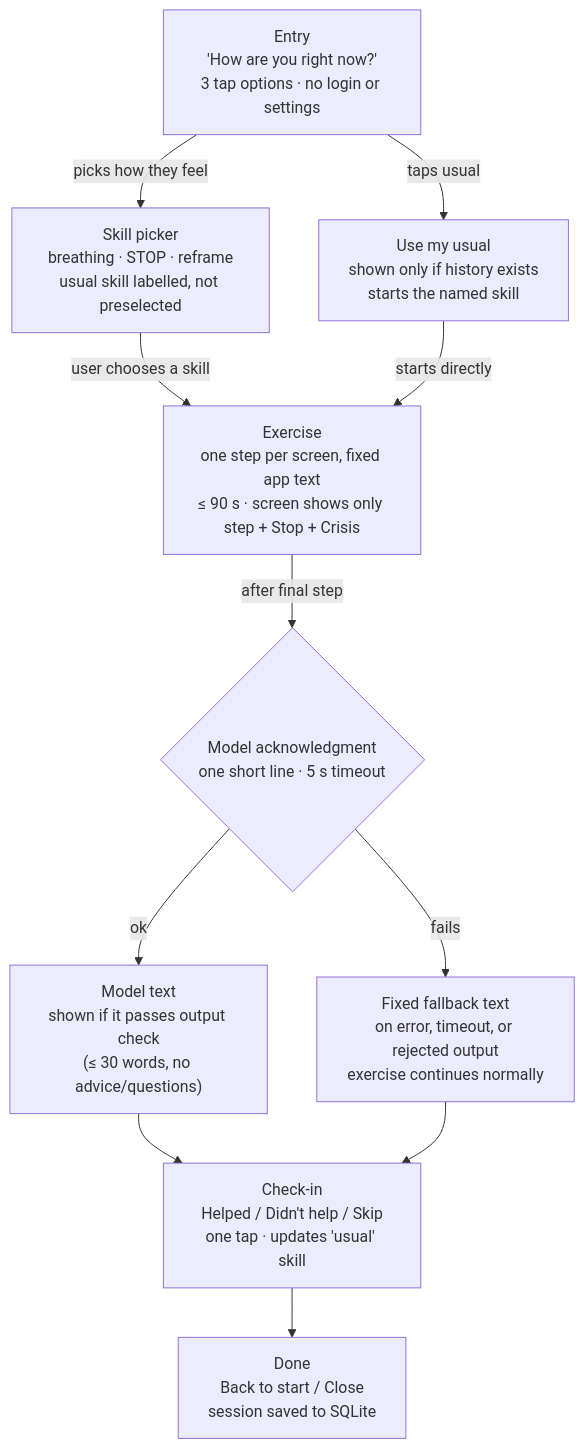
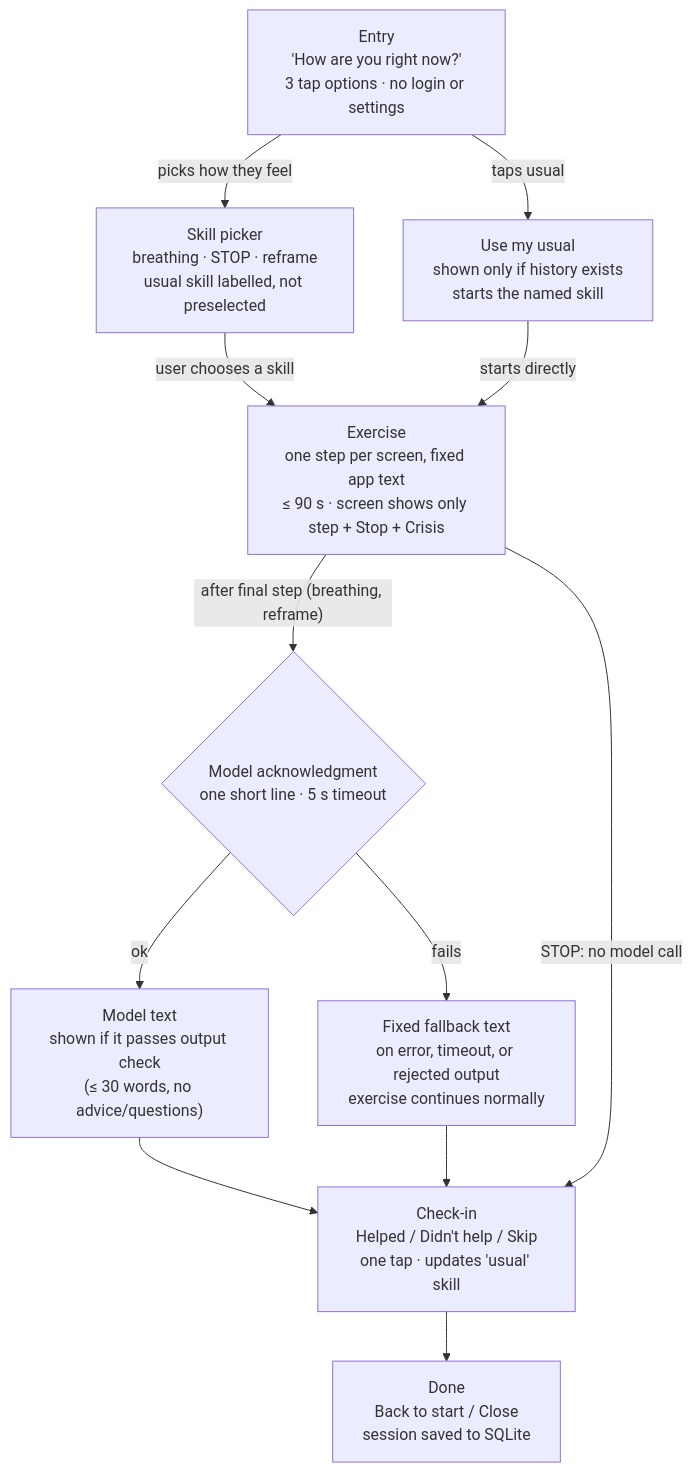
The diagram in docs/design.md (afukuda69/mental-health-skills-app), drawn with Mermaid before and after one commit.

Commit message:
Show STOP skipping model call

````diff
--- a/docs/design.md
+++ b/docs/design.md
@@ -23,14 +23,15 @@
 ```mermaid
 flowchart TD
     E["Entry<br/>'How are you right now?'<br/>3 tap options · no login or settings"]
     E -->|picks how they feel| P["Skill picker<br/>breathing · STOP · reframe<br/>usual skill labelled, not preselected"]
     E -->|taps usual| U["Use my usual<br/>shown only if history exists<br/>starts the named skill"]
     P -->|user chooses a skill| X["Exercise<br/>one step per screen, fixed app text<br/>≤ 90 s · screen shows only step + Stop + Crisis"]
     U -->|starts directly| X
-    X -->|after final step| M{"Model acknowledgment<br/>one short line · 5 s timeout"}
+    X -->|"after final step (breathing, reframe)"| M{"Model acknowledgment<br/>one short line · 5 s timeout"}
     M -->|ok| MT["Model text<br/>shown if it passes output check<br/>(≤ 30 words, no advice/questions)"]
     M -->|fails| FB["Fixed fallback text<br/>on error, timeout, or rejected output<br/>exercise continues normally"]
     MT --> C["Check-in<br/>Helped / Didn't help / Skip<br/>one tap · updates 'usual' skill"]
     FB --> C
+    X -->|STOP: no model call| C
     C --> D["Done<br/>Back to start / Close<br/>session saved to SQLite"]
 ```
````
